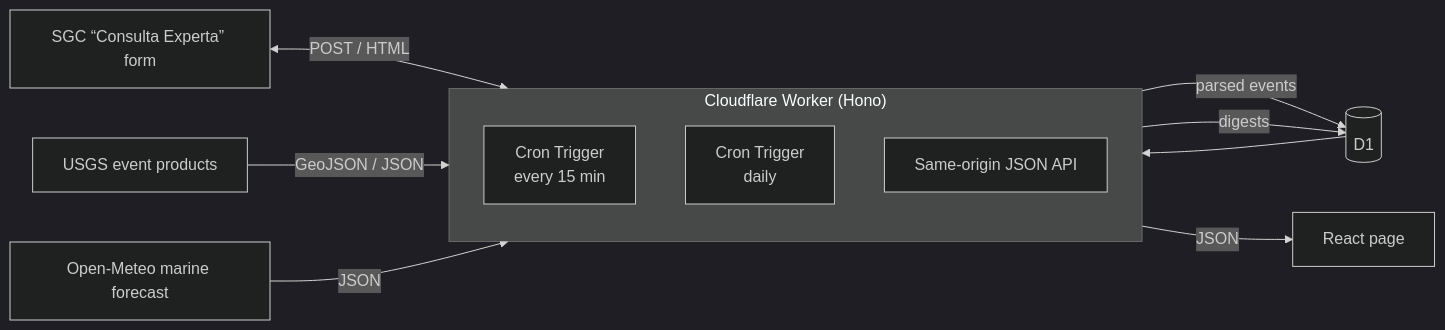
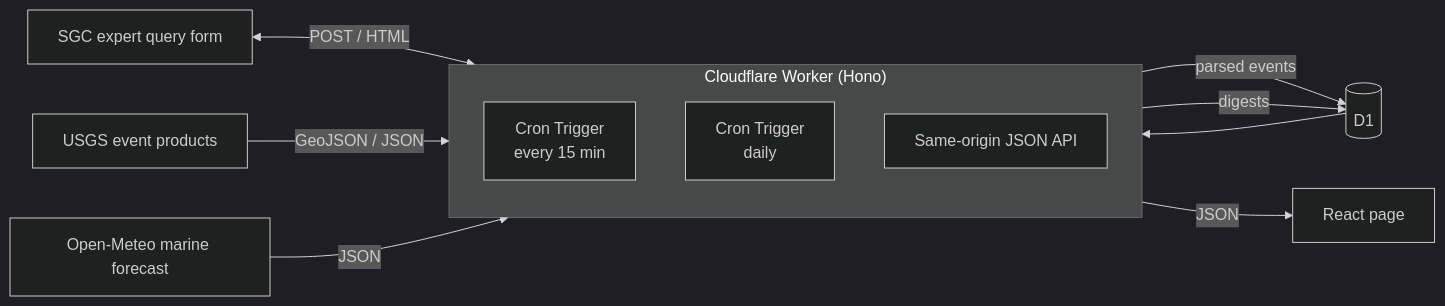
Before and after one commit to m0t0r/bvalue-tracker: the diagram in README.md, drawn with Mermaid (dark theme). The commit also changed other lines of this file, not shown here.

````diff
--- a/README.md
+++ b/README.md
@@ -55,22 +92,22 @@
 ```mermaid
 flowchart LR
-  sgc["SGC “Consulta Experta” form"]
+  sgc["SGC expert query form"]
   usgs["USGS event products"]
   meteo["Open-Meteo marine forecast"]
   d1[("D1")]
   page["React page"]
   subgraph worker["Cloudflare Worker (Hono)"]
     direction TB
     cron["Cron Trigger<br/>every 15 min"]
     daily["Cron Trigger<br/>daily"]
     api["Same-origin JSON API"]
   end
 
   sgc <-- "POST / HTML" --> cron
   cron -- "parsed events" --> d1
   usgs -- "GeoJSON / JSON" --> daily
   meteo -- "JSON" --> daily
   daily -- "digests" --> d1
   d1 --> api
   api -- JSON --> page
 ```
````
